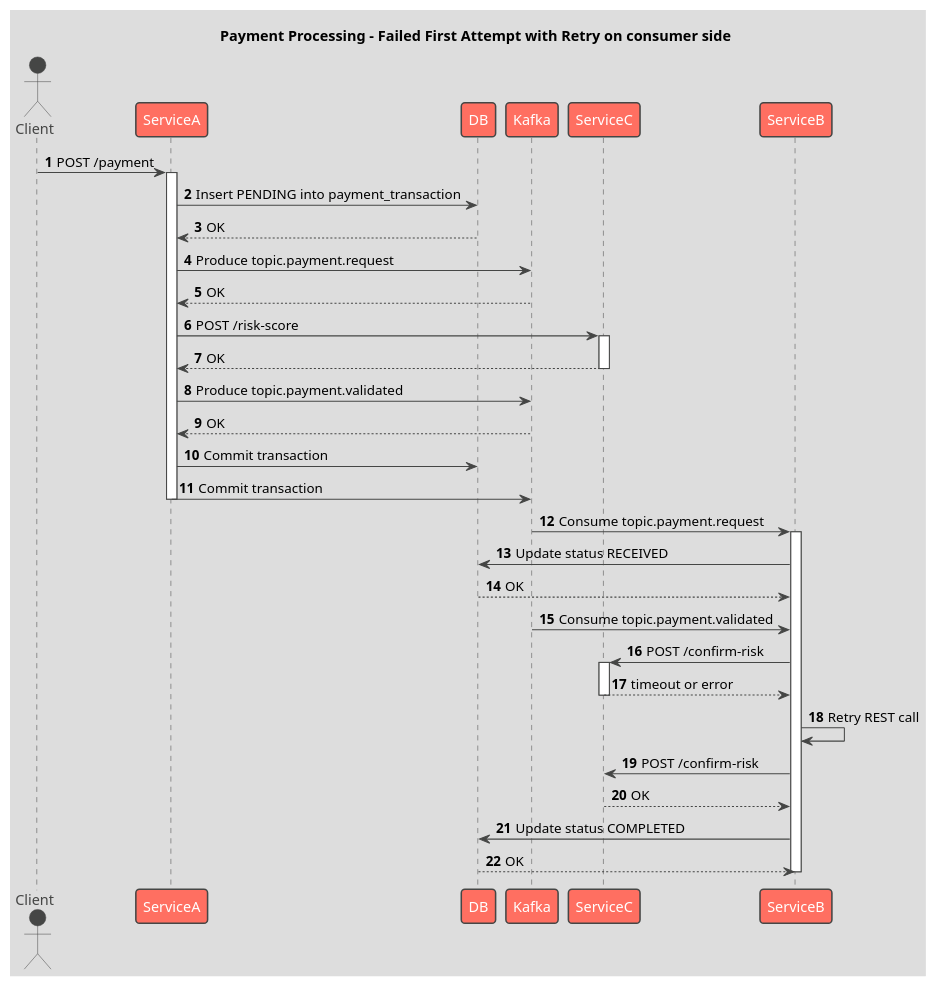
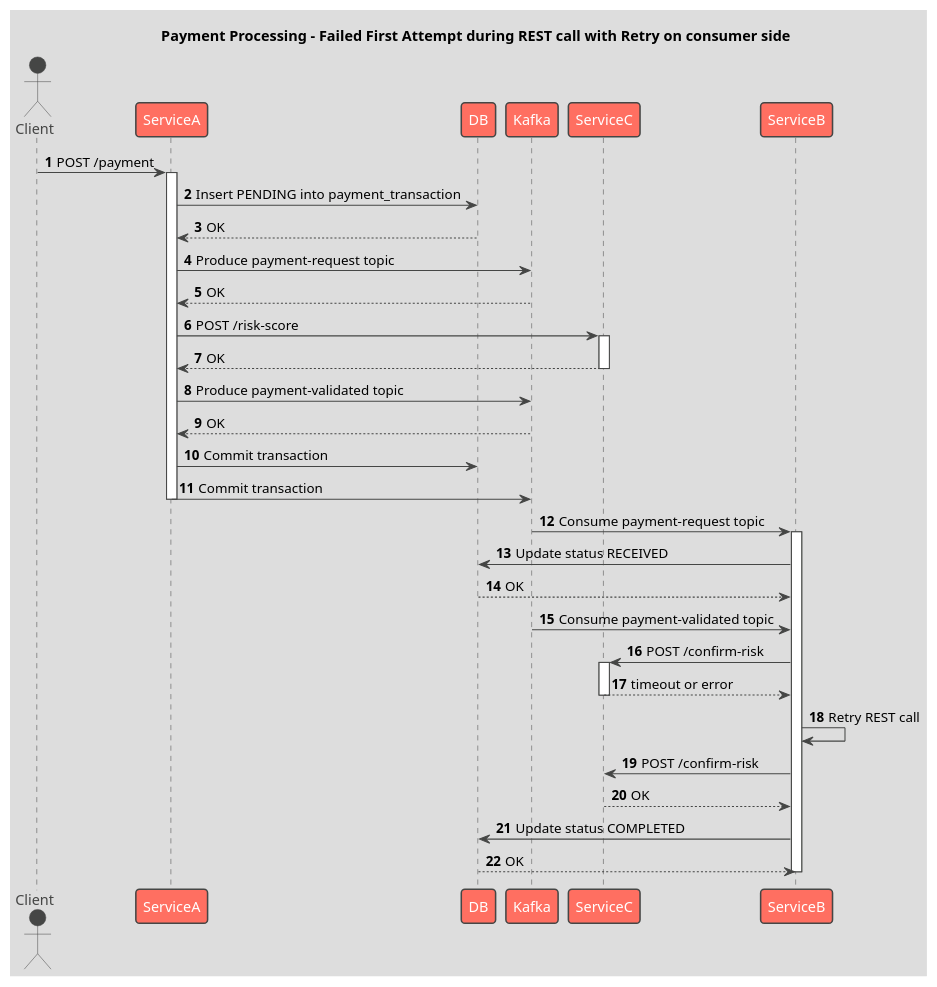
Before and after one commit to norulshahlam/spring-boot-kafka-tutorials: the diagram in library-service-producer/src/main/resources/sad-flow2.plantuml, drawn with PlantUML. The commit also changed 2 other files, not shown here.

Commit message:
added 2nd topic

```diff
--- a/library-service-producer/src/main/resources/sad-flow2.plantuml
+++ b/library-service-producer/src/main/resources/sad-flow2.plantuml
@@ -1,47 +1,47 @@
 @startuml
 !theme toy
-title Payment Processing - Failed First Attempt with Retry on consumer side
+title Payment Processing - Failed First Attempt during REST call with Retry on consumer side
 autonumber
 actor Client
 
 Client -> ServiceA: POST /payment
 activate ServiceA
 
 ServiceA -> DB: Insert PENDING into payment_transaction
 DB --> ServiceA: OK
 
-ServiceA -> Kafka: Produce topic.payment.request
+ServiceA -> Kafka: Produce payment-request topic
 Kafka --> ServiceA: OK
 
 ServiceA -> ServiceC: POST /risk-score
 activate ServiceC
 ServiceC --> ServiceA: OK
 deactivate ServiceC
 
-ServiceA -> Kafka: Produce topic.payment.validated
+ServiceA -> Kafka: Produce payment-validated topic
 Kafka --> ServiceA: OK
 
 ServiceA -> DB: Commit transaction
 ServiceA -> Kafka: Commit transaction
 deactivate ServiceA
 
-Kafka -> ServiceB: Consume topic.payment.request
+Kafka -> ServiceB: Consume payment-request topic
 activate ServiceB
 ServiceB -> DB: Update status RECEIVED
 DB --> ServiceB: OK
 
-Kafka -> ServiceB: Consume topic.payment.validated
+Kafka -> ServiceB: Consume payment-validated topic
 ServiceB -> ServiceC: POST /confirm-risk
 activate ServiceC
 ServiceC --> ServiceB: timeout or error
 deactivate ServiceC
 
 ServiceB -> ServiceB: Retry REST call
 ServiceB -> ServiceC: POST /confirm-risk
 ServiceC --> ServiceB: OK
 
 ServiceB -> DB: Update status COMPLETED
 DB --> ServiceB: OK
 deactivate ServiceB
 
 @enduml
```
